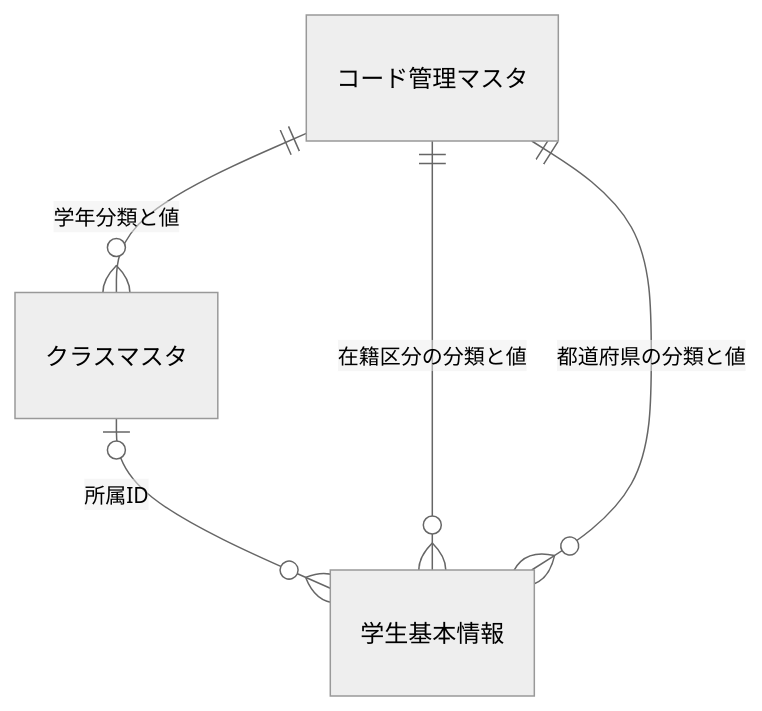
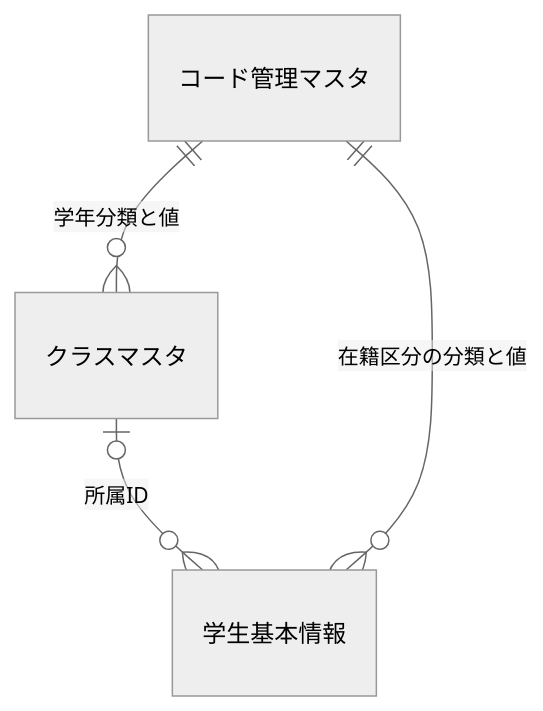
One commit to tujinrong/contextbase-evaluation changed diagram 11 of 11 in test-project1/srcs/CSharp_WPF/spec/基本設計書/01_学生検索画面.md. Above: the diagram before and after it, drawn with Mermaid (neutral theme). The commit also changed other lines of this file and 169 other files, not shown here.

````diff
--- a/test-project1/srcs/CSharp_WPF/spec/基本設計書/01_学生検索画面.md
+++ b/test-project1/srcs/CSharp_WPF/spec/基本設計書/01_学生検索画面.md
@@ -393,7 +346,6 @@
 ```mermaid
 erDiagram
     クラスマスタ o|--o{ 学生基本情報 : "所属ID"
     コード管理マスタ ||--o{ クラスマスタ : "学年分類と値"
     コード管理マスタ ||--o{ 学生基本情報 : "在籍区分の分類と値"
-    コード管理マスタ ||--o{ 学生基本情報 : "都道府県の分類と値"
 ```
````
